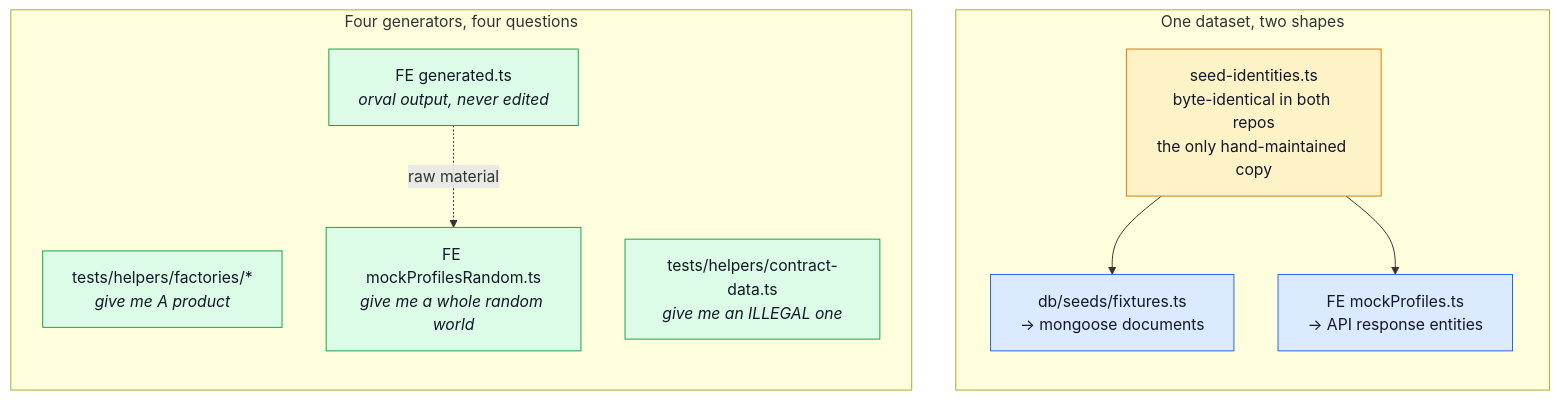
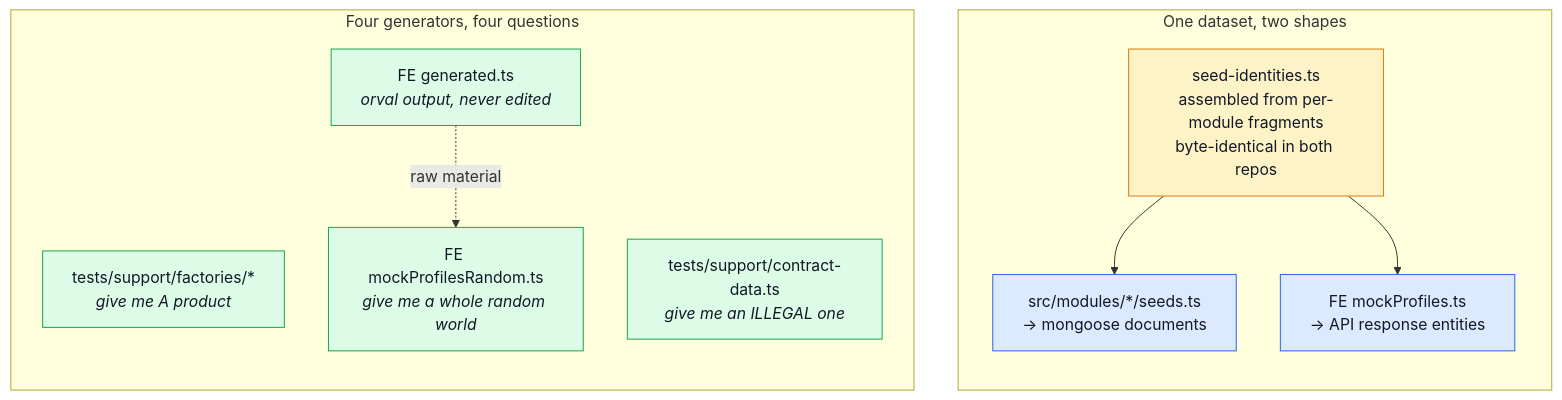
The second of 3 diagrams in docs/tools/testing-and-docs.md (Guebbit/boilerplate-node-backend), drawn with Mermaid before and after one commit. The commit also changed other lines of this file and 684 other files, not shown here.

First line of the commit message:
feat!: 2.0.0 — modular architecture, fragmented contracts, domain layer

````diff
--- a/docs/tools/testing-and-docs.md
+++ b/docs/tools/testing-and-docs.md
@@ -74,27 +74,27 @@
 ```mermaid
 %%{init: {'flowchart': {'nodeSpacing': 45, 'rankSpacing': 55}}}%%
 flowchart TB
     subgraph one["One dataset, two shapes"]
         direction TB
-        Seed["seed-identities.ts<br/>byte-identical in both repos<br/>the only hand-maintained copy"]
-        Seed --> BEMap["db/seeds/fixtures.ts<br/>→ mongoose documents"]
+        Seed["seed-identities.ts<br/>assembled from per-module fragments<br/>byte-identical in both repos"]
+        Seed --> BEMap["src/modules/*/seeds.ts<br/>→ mongoose documents"]
         Seed --> FEMap["FE mockProfiles.ts<br/>→ API response entities"]
     end
 
     subgraph four["Four generators, four questions"]
         direction TB
-        Factories["tests/helpers/factories/*<br/><i>give me A product</i>"]
-        ContractData["tests/helpers/contract-data.ts<br/><i>give me an ILLEGAL one</i>"]
+        Factories["tests/support/factories/*<br/><i>give me A product</i>"]
+        ContractData["tests/support/contract-data.ts<br/><i>give me an ILLEGAL one</i>"]
         Random["FE mockProfilesRandom.ts<br/><i>give me a whole random world</i>"]
         Generated["FE generated.ts<br/><i>orval output, never edited</i>"]
     end
 
     Generated -.raw material.-> Random
 
     classDef source fill:#fef3c7,stroke:#d97706,color:#111827;
     classDef mapper fill:#dbeafe,stroke:#2563eb,color:#111827;
     classDef gen fill:#dcfce7,stroke:#16a34a,color:#111827;
     class Seed source;
     class BEMap,FEMap mapper;
     class Factories,ContractData,Random,Generated gen;
 ```
````
